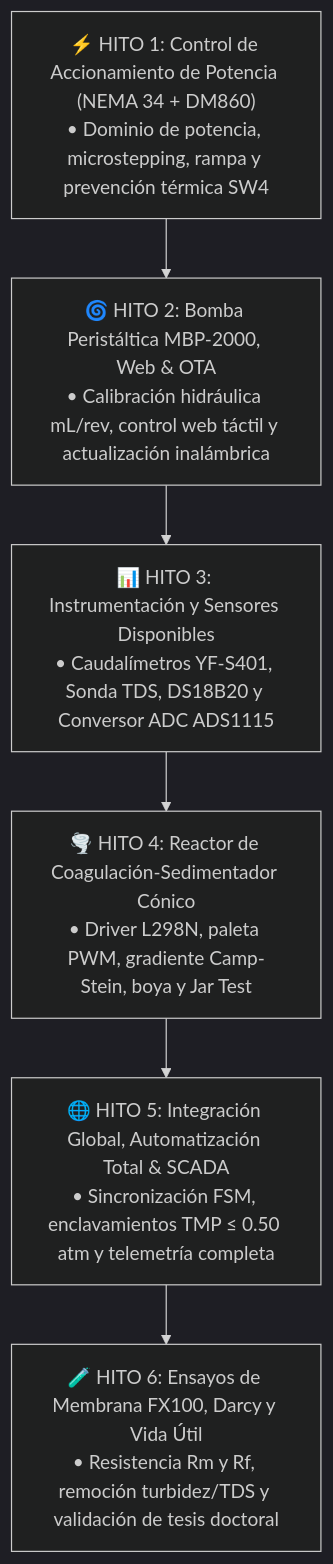
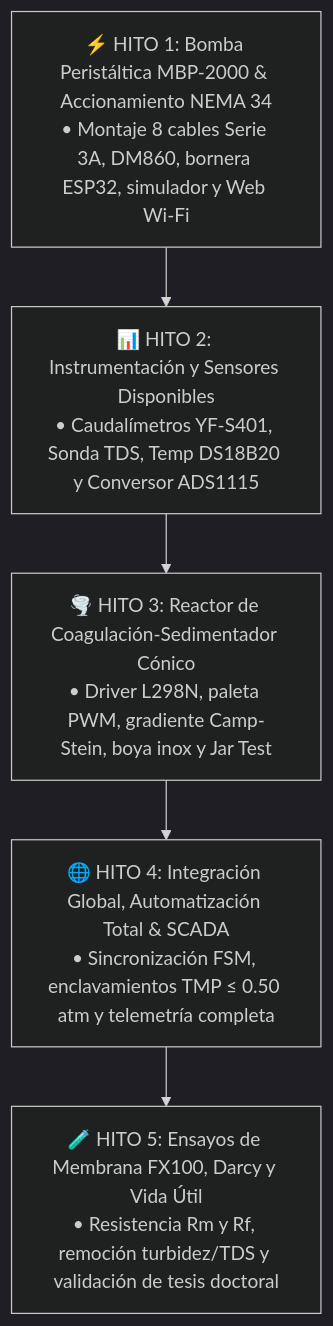
The diagram in MANUAL_GENERAL_Y_GUIA_DE_NAVEGACION.md (enzoocorte/Planta-Ultrafiltracion), drawn with Mermaid (dark theme) before and after one commit. The commit also changed other lines of this file and 16 other files, not shown here.

````diff
--- a/MANUAL_GENERAL_Y_GUIA_DE_NAVEGACION.md
+++ b/MANUAL_GENERAL_Y_GUIA_DE_NAVEGACION.md
@@ -21,8 +21,7 @@
 ```mermaid
 flowchart TD
-    H1["⚡ HITO 1: Control de Accionamiento de Potencia (NEMA 34 + DM860)<br>• Dominio de potencia, microstepping, rampa y prevención térmica SW4"] --> H2["🌀 HITO 2: Bomba Peristáltica MBP-2000, Web & OTA<br>• Calibración hidráulica mL/rev, control web táctil y actualización inalámbrica"]
-    H2 --> H3["📊 HITO 3: Instrumentación y Sensores Disponibles<br>• Caudalímetros YF-S401, Sonda TDS, DS18B20 y Conversor ADC ADS1115"]
-    H3 --> H4["🌪️ HITO 4: Reactor de Coagulación-Sedimentador Cónico<br>• Driver L298N, paleta PWM, gradiente Camp-Stein, boya y Jar Test"]
-    H4 --> H5["🌐 HITO 5: Integración Global, Automatización Total & SCADA<br>• Sincronización FSM, enclavamientos TMP ≤ 0.50 atm y telemetría completa"]
-    H5 --> H6["🧪 HITO 6: Ensayos de Membrana FX100, Darcy y Vida Útil<br>• Resistencia Rm y Rf, remoción turbidez/TDS y validación de tesis doctoral"]
+    H1["⚡ HITO 1: Bomba Peristáltica MBP-2000 & Accionamiento NEMA 34<br>• Montaje 8 cables Serie 3A, DM860, bornera ESP32, simulador y Web Wi-Fi"] --> H2["📊 HITO 2: Instrumentación y Sensores Disponibles<br>• Caudalímetros YF-S401, Sonda TDS, Temp DS18B20 y Conversor ADS1115"]
+    H2 --> H3["🌪️ HITO 3: Reactor de Coagulación-Sedimentador Cónico<br>• Driver L298N, paleta PWM, gradiente Camp-Stein, boya inox y Jar Test"]
+    H3 --> H4["🌐 HITO 4: Integración Global, Automatización Total & SCADA<br>• Sincronización FSM, enclavamientos TMP ≤ 0.50 atm y telemetría completa"]
+    H4 --> H5["🧪 HITO 5: Ensayos de Membrana FX100, Darcy y Vida Útil<br>• Resistencia Rm y Rf, remoción turbidez/TDS y validación de tesis doctoral"]
 ```
````
